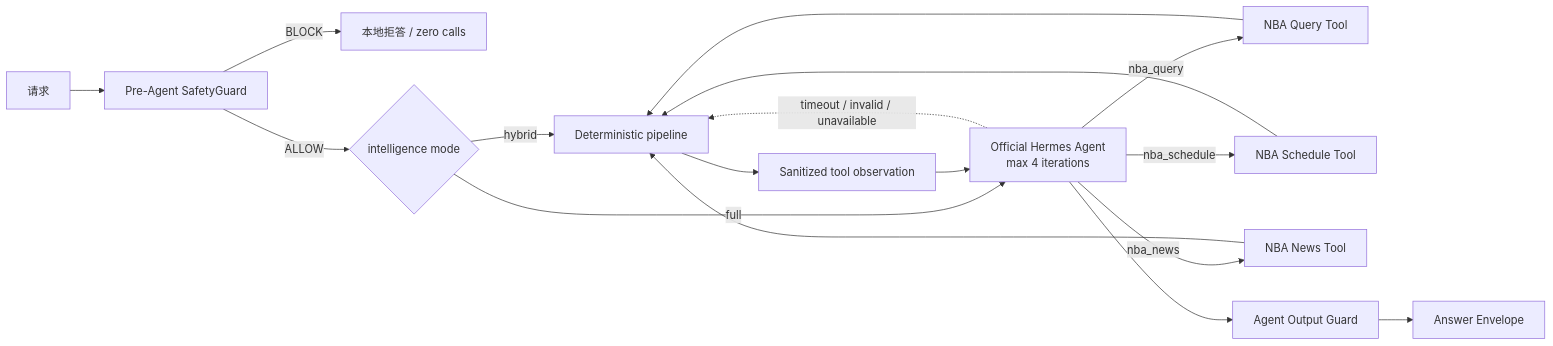
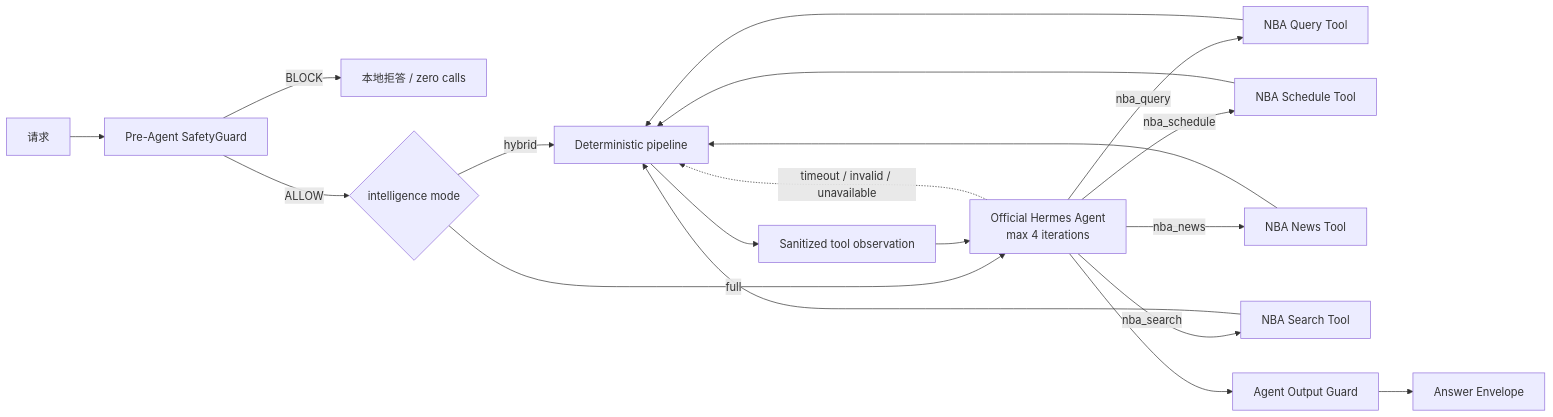
Before and after one commit to vchive/NBAAgent: the third of 5 diagrams in specs/001-nba-chat-agent/hld.md, drawn with Mermaid. The commit also changed other lines of this file and 135 other files, not shown here.

Commit message:
chore: checkpoint agent before flower rebrand

````diff
--- a/specs/001-nba-chat-agent/hld.md
+++ b/specs/001-nba-chat-agent/hld.md
@@ -165,19 +184,21 @@
 ```mermaid
 flowchart LR
     Q[请求] --> S[Pre-Agent SafetyGuard]
     S -->|BLOCK| B[本地拒答 / zero calls]
     S -->|ALLOW| R{intelligence mode}
     R -->|hybrid| D[Deterministic pipeline]
     R -->|full| H[Official Hermes Agent\nmax 4 iterations]
     H -->|nba_query| TQ[NBA Query Tool]
     H -->|nba_schedule| TS[NBA Schedule Tool]
     H -->|nba_news| TN[NBA News Tool]
+    H -->|nba_search| TSX[NBA Search Tool]
     TQ --> D
     TS --> D
     TN --> D
+    TSX --> D
     D --> O[Sanitized tool observation]
     O --> H
     H --> G[Agent Output Guard]
     G --> A[Answer Envelope]
     H -. timeout / invalid / unavailable .-> D
 ```
````
